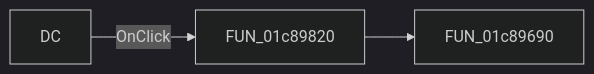
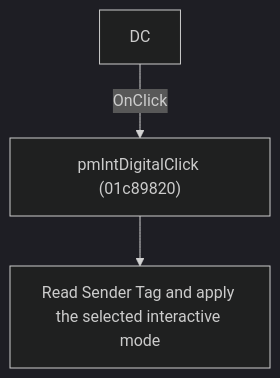
Before and after one commit to MovGP0/TIARA: the diagram in docs/ui-controls/schematiceditor/mnintdc-75889a5064.md, drawn with Mermaid (dark theme). The commit also changed other lines of this file and 1062 other files, not shown here.

````diff
--- a/docs/ui-controls/schematiceditor/mnintdc-75889a5064.md
+++ b/docs/ui-controls/schematiceditor/mnintdc-75889a5064.md
@@ -27,5 +27,5 @@
 ```mermaid
-flowchart LR
-    control["DC"] -->|OnClick| handler["FUN_01c89820"]
-    handler --> call1["FUN_01c89690"]
+flowchart TD
+    control["DC"] -->|"OnClick"| handler["pmIntDigitalClick (01c89820)"]
+    handler --> action["Read Sender Tag and apply the selected interactive mode"]
 ```
````
